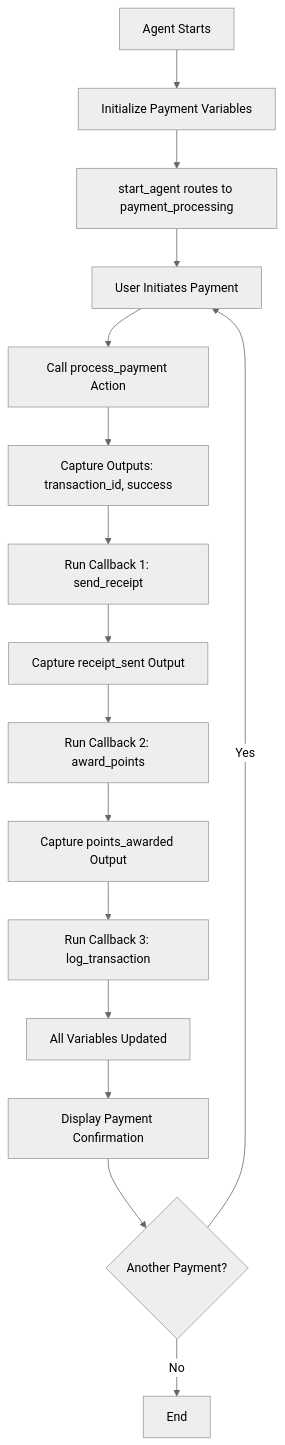
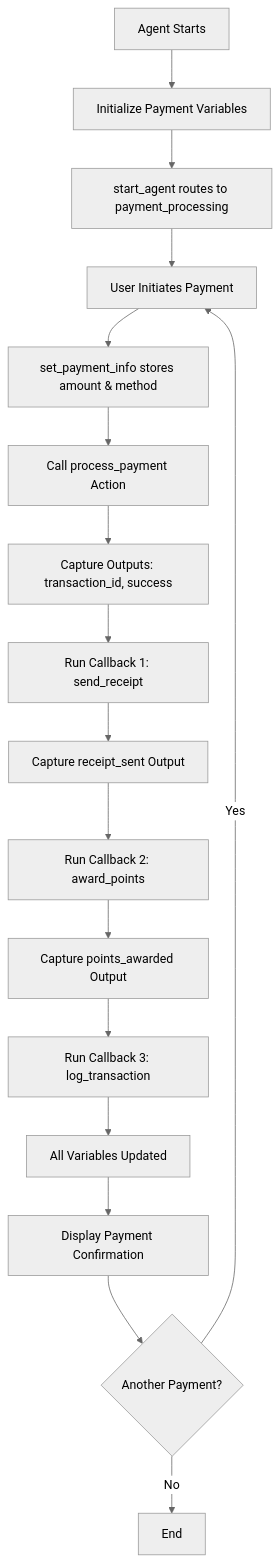
One commit to YashwanthRao95/agent-script-recipes changed the diagram in force-app/main/02_actionConfiguration/actionCallbacks/README.md. Above: the diagram before and after it, drawn with Mermaid. The commit also changed other lines of this file and 5 other files, not shown here.

````diff
--- a/force-app/main/02_actionConfiguration/actionCallbacks/README.md
+++ b/force-app/main/02_actionConfiguration/actionCallbacks/README.md
@@ -9,19 +9,20 @@
 ```mermaid
 %%{init: {'theme':'neutral'}}%%
 graph TD
     A[Agent Starts] --> B[Initialize Payment Variables]
     B --> C[start_agent routes to payment_processing]
     C --> D[User Initiates Payment]
-    D --> E[Call process_payment Action]
+    D --> D2[set_payment_info stores amount & method]
+    D2 --> E[Call process_payment Action]
     E --> F[Capture Outputs: transaction_id, success]
     F --> G[Run Callback 1: send_receipt]
     G --> H[Capture receipt_sent Output]
     H --> I[Run Callback 2: award_points]
     I --> J[Capture points_awarded Output]
     J --> K[Run Callback 3: log_transaction]
     K --> L[All Variables Updated]
     L --> M[Display Payment Confirmation]
     M --> N{Another Payment?}
     N -->|Yes| D
     N -->|No| O[End]
 ```
````
